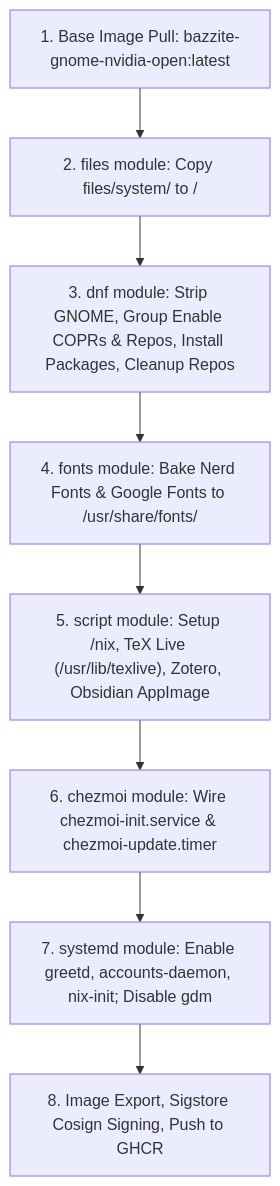
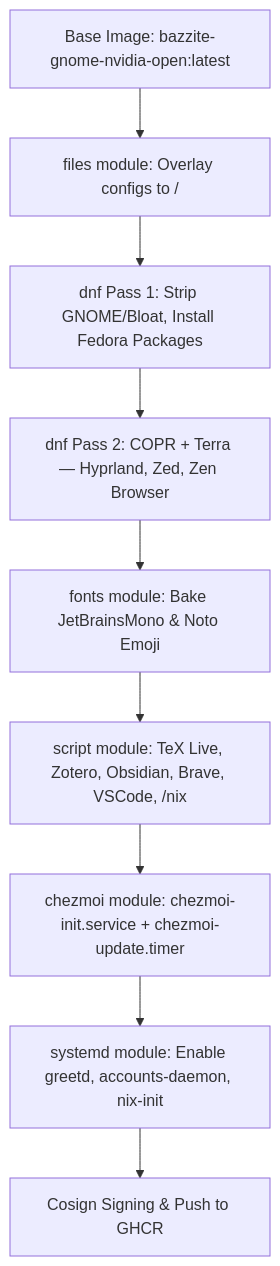
Before and after one commit to aahsnr-work/bazzite-hyprland: the first of 2 diagrams in README.md, drawn with Mermaid. The commit also changed other lines of this file and 3 other files, not shown here.

Commit message:
docs: overhaul README with TOC, architecture diagram, and add full package list

````diff
--- a/README.md
+++ b/README.md
@@ -63,10 +29,11 @@
 ```mermaid
 flowchart TD
-    A["1. Base Image Pull: bazzite-gnome-nvidia-open:latest"] --> B["2. files module: Copy files/system/ to /"]
-    B --> C["3. dnf module: Strip GNOME, Group Enable COPRs & Repos, Install Packages, Cleanup Repos"]
-    C --> D["4. fonts module: Bake Nerd Fonts & Google Fonts to /usr/share/fonts/"]
-    D --> E["5. script module: Setup /nix, TeX Live (/usr/lib/texlive), Zotero, Obsidian AppImage"]
-    E --> F["6. chezmoi module: Wire chezmoi-init.service & chezmoi-update.timer"]
-    F --> G["7. systemd module: Enable greetd, accounts-daemon, nix-init; Disable gdm"]
-    G --> H["8. Image Export, Sigstore Cosign Signing, Push to GHCR"]
+    A["Base Image: bazzite-gnome-nvidia-open:latest"] --> B["files module: Overlay configs to /"]
+    B --> C["dnf Pass 1: Strip GNOME/Bloat, Install Fedora Packages"]
+    C --> D["dnf Pass 2: COPR + Terra — Hyprland, Zed, Zen Browser"]
+    D --> E["fonts module: Bake JetBrainsMono & Noto Emoji"]
+    E --> F["script module: TeX Live, Zotero, Obsidian, Brave, VSCode, /nix"]
+    F --> G["chezmoi module: chezmoi-init.service + chezmoi-update.timer"]
+    G --> H["systemd module: Enable greetd, accounts-daemon, nix-init"]
+    H --> I["Cosign Signing & Push to GHCR"]
 ```
````
